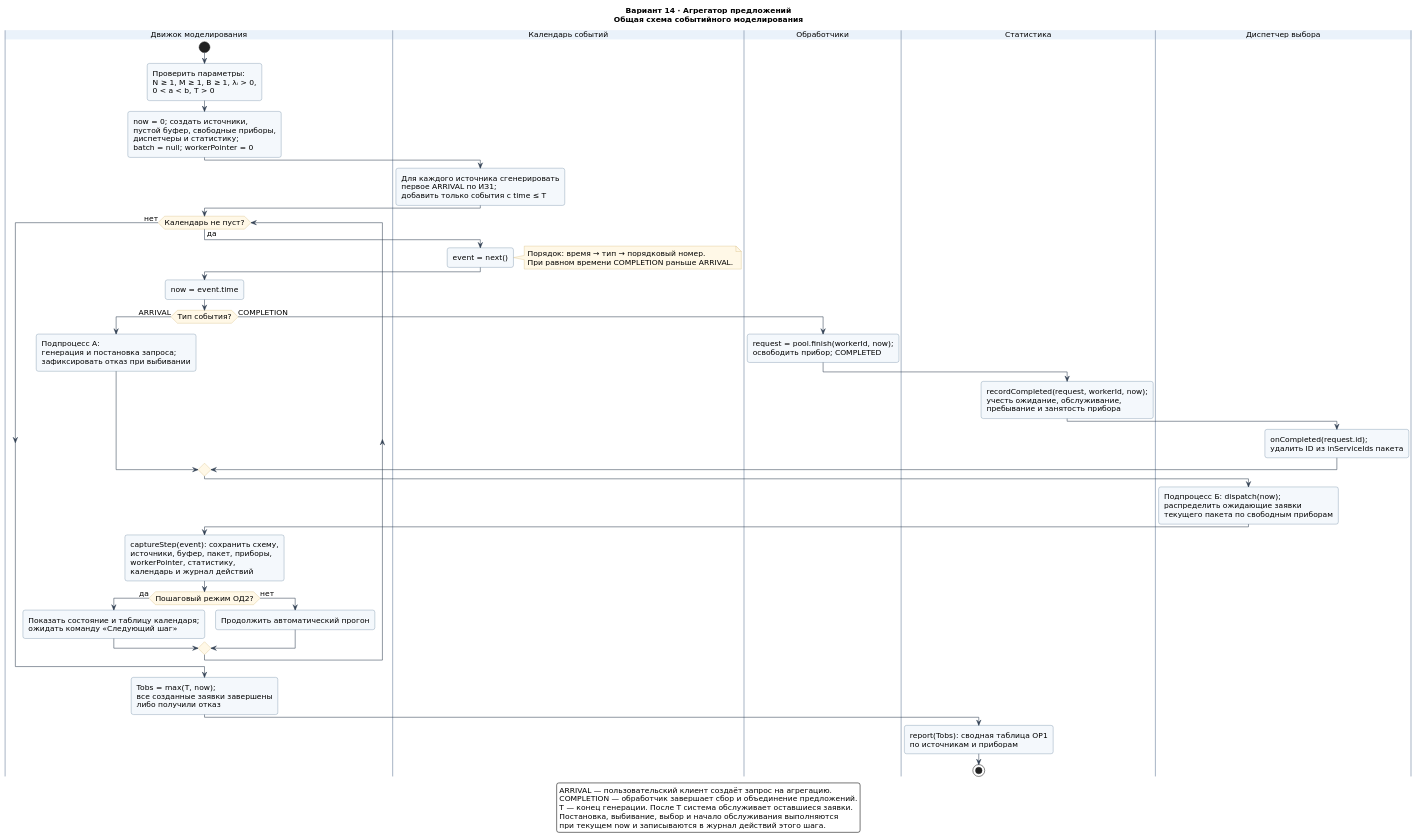
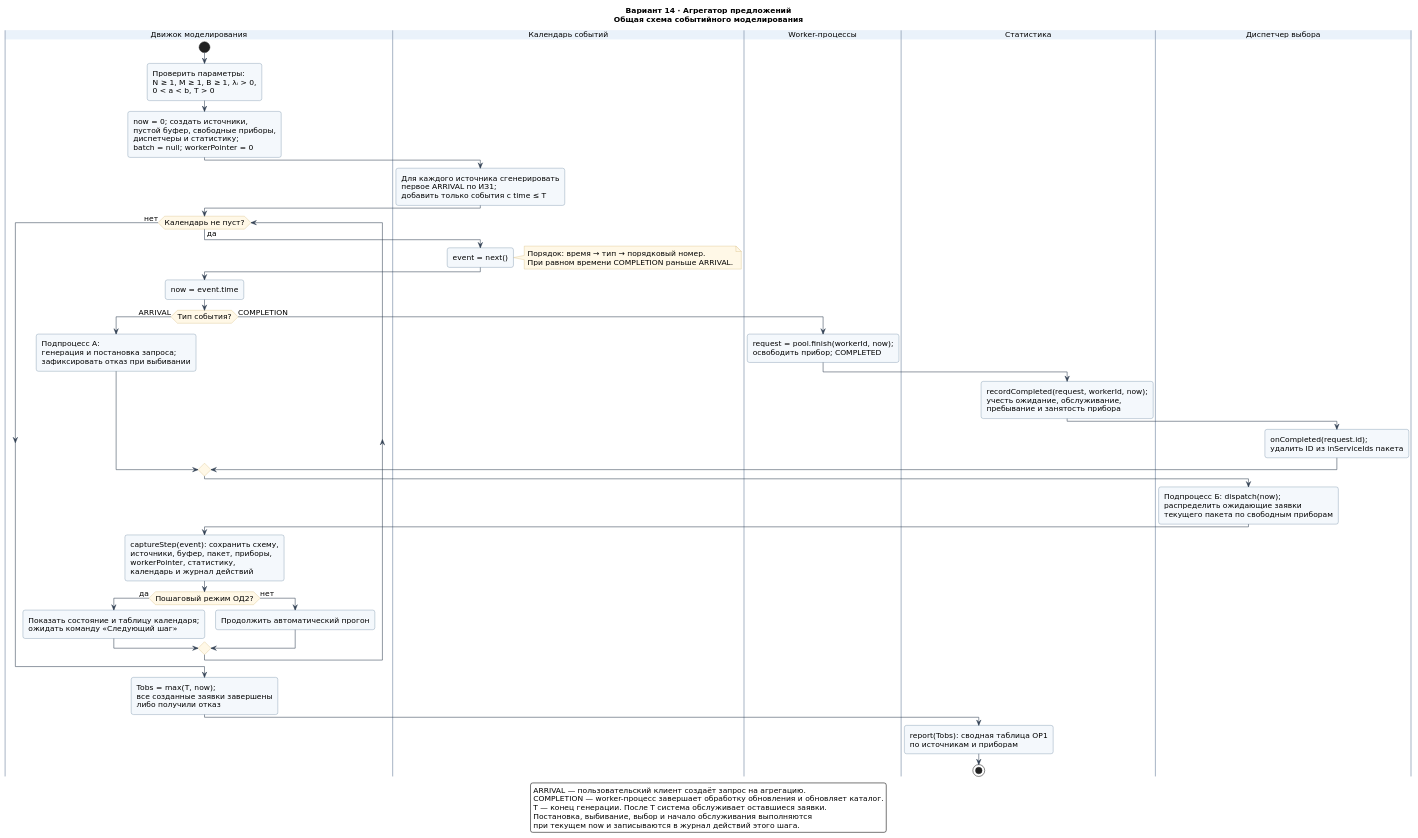
One commit to Danya-byte/learn-aps changed the diagram in docs/diagrams/flowchart/system-flow.puml. Above: the diagram before and after it, drawn with PlantUML. The commit also changed 61 other files, not shown here.

```diff
--- a/docs/diagrams/flowchart/system-flow.puml
+++ b/docs/diagrams/flowchart/system-flow.puml
@@ -1,71 +1,71 @@
 @startuml
 skinparam defaultFontName DejaVu Sans
 skinparam defaultFontSize 14
 skinparam backgroundColor White
 skinparam shadowing false
 skinparam ArrowColor #334155
 skinparam LineColor #334155
 skinparam roundcorner 8
 skinparam NoteBackgroundColor #FFF8E7
 skinparam NoteBorderColor #C9A75A
 skinparam ParticipantBackgroundColor #EAF2FA
 skinparam ParticipantBorderColor #3C6382
 skinparam classBackgroundColor #F4F8FC
 skinparam classBorderColor #3C6382
 skinparam activityBackgroundColor #F4F8FC
 skinparam activityBorderColor #3C6382
 skinparam activityDiamondBackgroundColor #FFF8E7
 skinparam activityDiamondBorderColor #C9A75A
 skinparam swimlaneTitleBackgroundColor #EAF2FA
 skinparam swimlaneBorderColor #94A3B8
 skinparam maxMessageSize 90
 hide footbox
 title Вариант 14 · Агрегатор предложений\nОбщая схема событийного моделирования
 |Движок моделирования|
 start
 :Проверить параметры:\nN ≥ 1, M ≥ 1, B ≥ 1, λᵢ > 0,\n0 < a < b, T > 0;
 :now = 0; создать источники,\nпустой буфер, свободные приборы,\nдиспетчеры и статистику;\nbatch = null; workerPointer = 0;
 |Календарь событий|
 :Для каждого источника сгенерировать\nпервое ARRIVAL по ИЗ1;\nдобавить только события с time ≤ T;
 |Движок моделирования|
 while (Календарь не пуст?) is (да)
  |Календарь событий|
  :event = next();
  note right
  Порядок: время → тип → порядковый номер.
  При равном времени COMPLETION раньше ARRIVAL.
  end note
  |Движок моделирования|
  :now = event.time;
  if (Тип события?) then (ARRIVAL)
   :Подпроцесс А:\nгенерация и постановка запроса;\nзафиксировать отказ при выбивании;
  else (COMPLETION)
-  |Обработчики|
+  |Worker-процессы|
   :request = pool.finish(workerId, now);\nосвободить прибор; COMPLETED;
   |Статистика|
   :recordCompleted(request, workerId, now);\nучесть ожидание, обслуживание,\nпребывание и занятость прибора;
   |Диспетчер выбора|
   :onCompleted(request.id);\nудалить ID из inServiceIds пакета;
  endif
  |Диспетчер выбора|
  :Подпроцесс Б: dispatch(now);\nраспределить ожидающие заявки\nтекущего пакета по свободным приборам;
  |Движок моделирования|
  :captureStep(event): сохранить схему,\nисточники, буфер, пакет, приборы,\nworkerPointer, статистику,\nкалендарь и журнал действий;
  if (Пошаговый режим ОД2?) then (да)
   :Показать состояние и таблицу календаря;\nожидать команду «Следующий шаг»;
  else (нет)
   :Продолжить автоматический прогон;
  endif
 endwhile (нет)
 :Tobs = max(T, now);\nвсе созданные заявки завершены\nлибо получили отказ;
 |Статистика|
 :report(Tobs): сводная таблица ОР1\nпо источникам и приборам;
 stop
 legend bottom
 ARRIVAL — пользовательский клиент создаёт запрос на агрегацию.
-COMPLETION — обработчик завершает сбор и объединение предложений.
+COMPLETION — worker-процесс завершает обработку обновления и обновляет каталог.
 T — конец генерации. После T система обслуживает оставшиеся заявки.
 Постановка, выбивание, выбор и начало обслуживания выполняются
 при текущем now и записываются в журнал действий этого шага.
 endlegend
 @enduml
```
